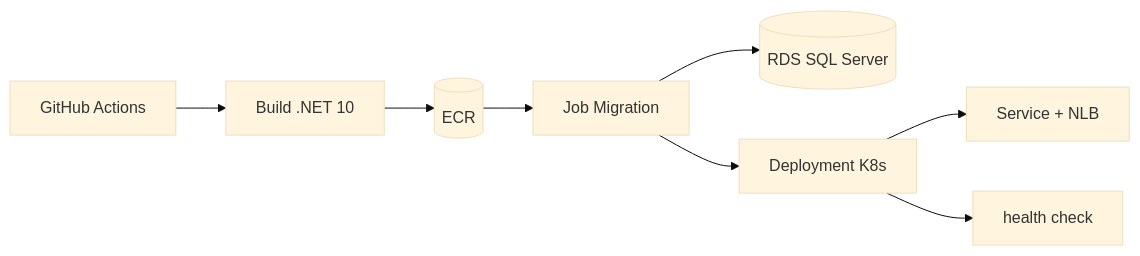
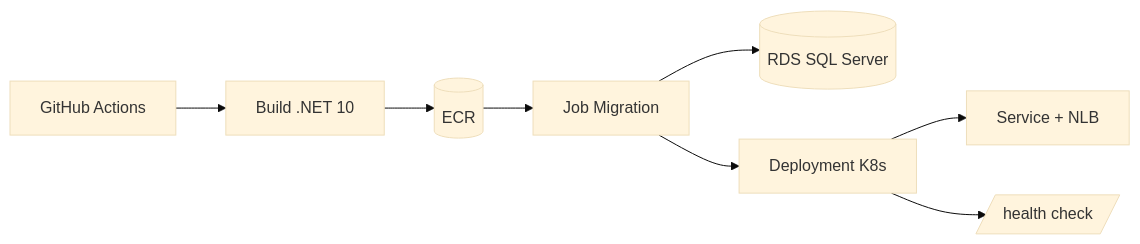
Before and after one commit to fabianorodrigues/oficina-api: the second of 2 diagrams in README.md, drawn with Mermaid (base theme). The commit also changed other lines of this file, not shown here.

````diff
--- a/README.md
+++ b/README.md
@@ -52,10 +53,10 @@
 ```mermaid
 graph LR
   GH[GitHub Actions] --> BUILD[Build .NET 10]
   BUILD --> ECR[(ECR)]
   ECR --> MIG[Job Migration]
   MIG --> RDS[(RDS SQL Server)]
   MIG --> DEP[Deployment K8s]
   DEP --> SVC[Service + NLB]
-  DEP --> HC[health check]
+  DEP --> HC[/health check/]
 ```
````
